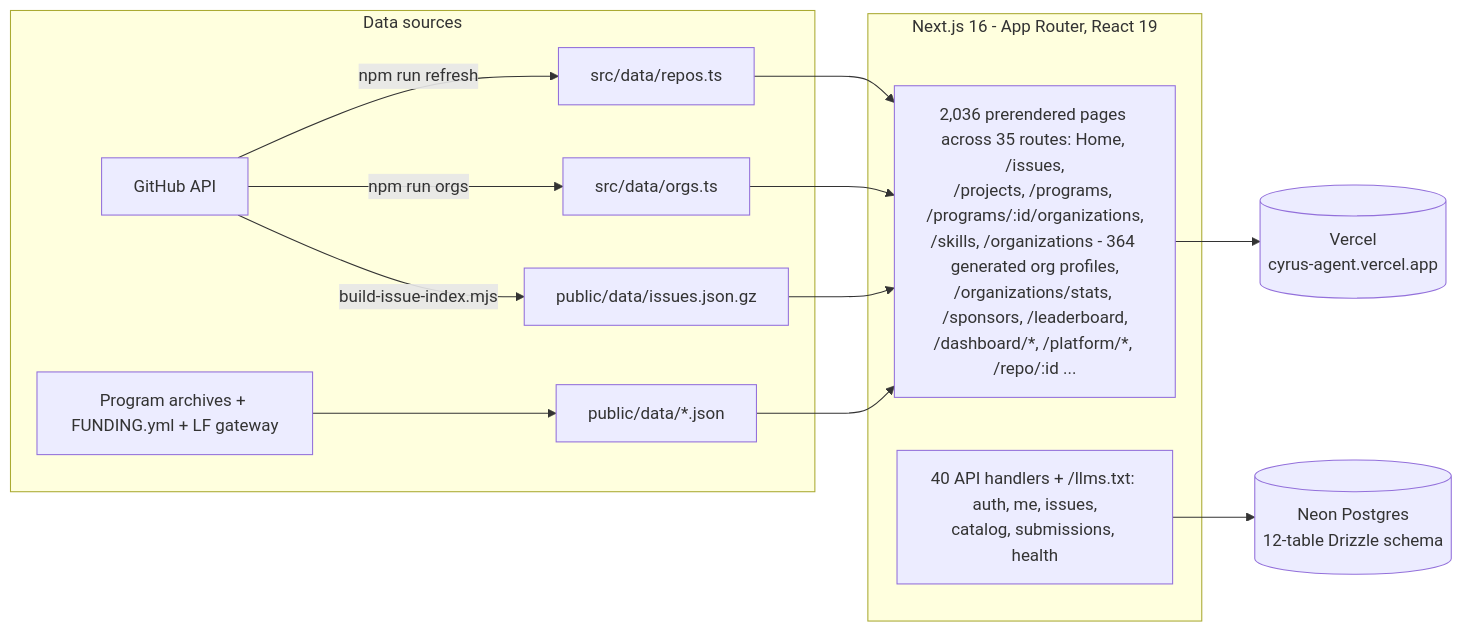
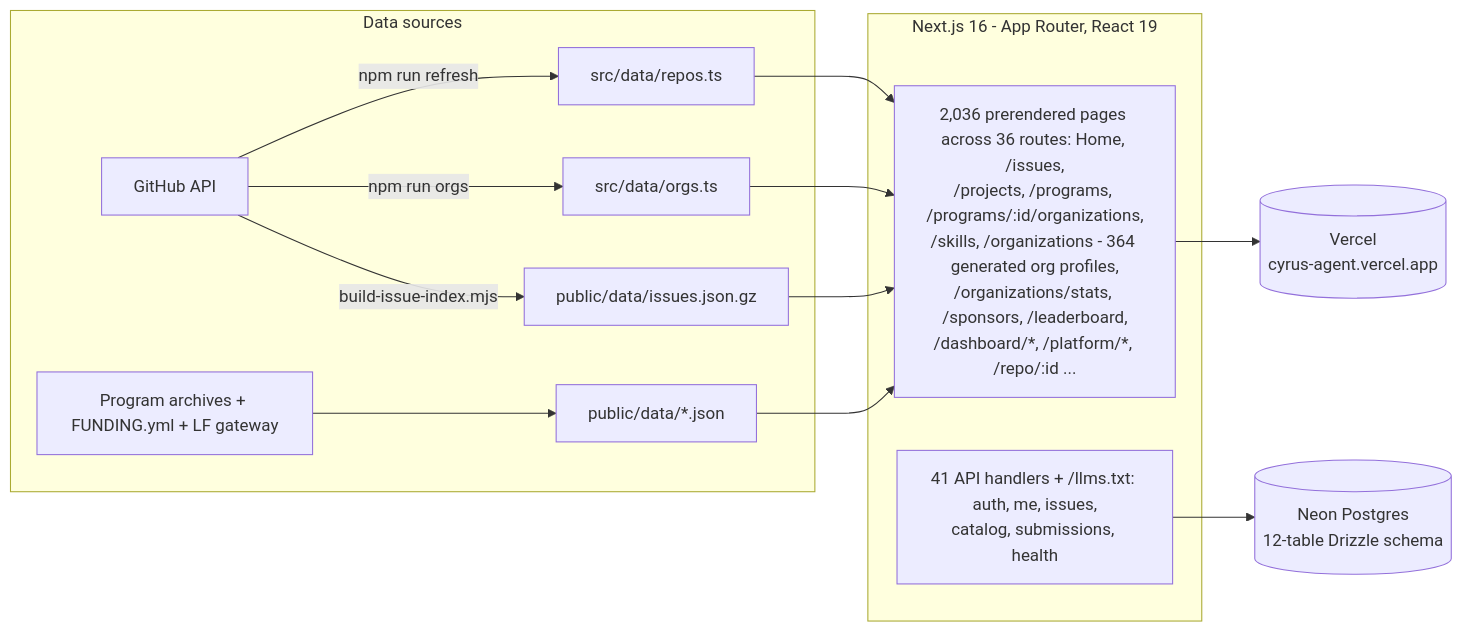
Before and after one commit to adityalenova/cyrus: the second of 2 diagrams in README.md, drawn with Mermaid. The commit also changed other lines of this file, not shown here.

````diff
--- a/README.md
+++ b/README.md
@@ -348,15 +348,15 @@
 ```mermaid
 flowchart LR
     subgraph sources [Data sources]
         GH[GitHub API] -->|npm run refresh| D1[src/data/repos.ts]
         GH -->|npm run orgs| D2[src/data/orgs.ts]
         GH -->|build-issue-index.mjs| D3[public/data/issues.json.gz]
         SOC[Program archives + FUNDING.yml + LF gateway] --> D4[public/data/*.json]
     end
     subgraph app [Next.js 16 - App Router, React 19]
-        D1 & D2 & D3 & D4 --> PAGES[2,036 prerendered pages across 35 routes: Home, /issues,<br/>/projects, /programs, /programs/:id/organizations,<br/>/skills, /organizations - 364 generated org profiles,<br/>/organizations/stats, /sponsors, /leaderboard,<br/>/dashboard/*, /platform/*, /repo/:id ...]
-        API[40 API handlers + /llms.txt: auth, me, issues,<br/>catalog, submissions, health]
+        D1 & D2 & D3 & D4 --> PAGES[2,036 prerendered pages across 36 routes: Home, /issues,<br/>/projects, /programs, /programs/:id/organizations,<br/>/skills, /organizations - 364 generated org profiles,<br/>/organizations/stats, /sponsors, /leaderboard,<br/>/dashboard/*, /platform/*, /repo/:id ...]
+        API[41 API handlers + /llms.txt: auth, me, issues,<br/>catalog, submissions, health]
     end
     PAGES --> V[(Vercel<br/>cyrus-agent.vercel.app)]
     API --> DB[(Neon Postgres<br/>12-table Drizzle schema)]
 ```
````
